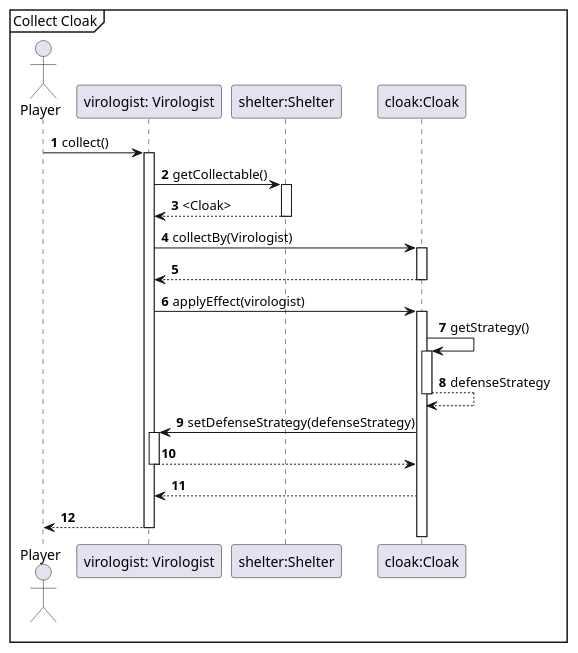
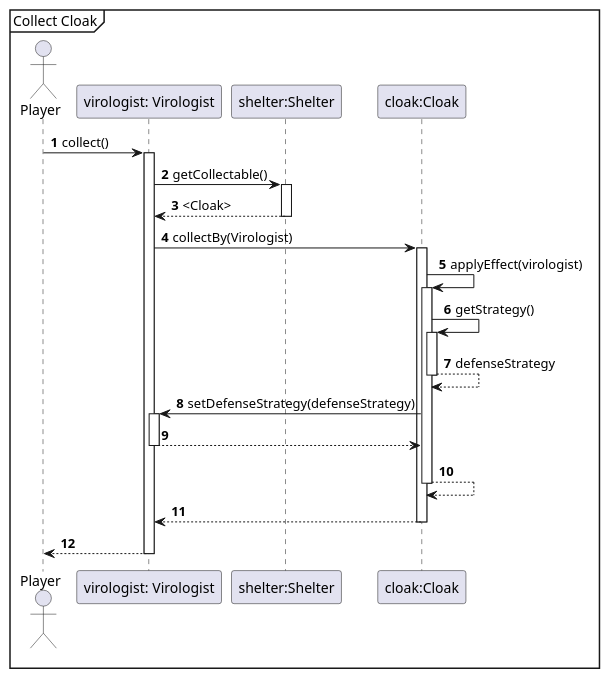
One commit to Projlab-csb/projlab-virologus changed the diagram in Exact Sequence-diagrams/CollectCloak.puml. Above: the diagram before and after it, drawn with PlantUML. The commit also changed 17 other files, not shown here.

Commit message:
Little changes in sequences

```diff
--- a/Exact Sequence-diagrams/CollectCloak.puml
+++ b/Exact Sequence-diagrams/CollectCloak.puml
@@ -1,36 +1,40 @@
 @startuml
 'https://plantuml.com/sequence-diagram
 
 autonumber
 
 mainframe Collect Cloak
 
 actor Player
 
 Player -> "virologist: Virologist": collect()
 Activate "virologist: Virologist"
 
 "virologist: Virologist" -> "shelter:Shelter": getCollectable()
 Activate "shelter:Shelter"
 "shelter:Shelter" --> "virologist: Virologist": <Cloak>
 Deactivate "shelter:Shelter"
 
 "virologist: Virologist" -> "cloak:Cloak": collectBy(Virologist)
 Activate "cloak:Cloak"
-"cloak:Cloak" --> "virologist: Virologist":
-Deactivate "cloak:Cloak"
 
-"virologist: Virologist" -> "cloak:Cloak"++ : applyEffect(virologist)
+"cloak:Cloak" -> "cloak:Cloak"++ : applyEffect(virologist)
 
  "cloak:Cloak" -> "cloak:Cloak"++ : getStrategy()
  "cloak:Cloak" --> "cloak:Cloak"-- : defenseStrategy
 
  "cloak:Cloak" -> "virologist: Virologist"++: setDefenseStrategy(defenseStrategy)
 "virologist: Virologist" --> "cloak:Cloak"--
 
- "cloak:Cloak" --> "virologist: Virologist"
+
+
+"cloak:Cloak" --> "cloak:Cloak"--
+
+
+"cloak:Cloak" --> "virologist: Virologist"--
+
 
 "virologist: Virologist" --> Player
 Deactivate "virologist: Virologist"
 
 @enduml
```
